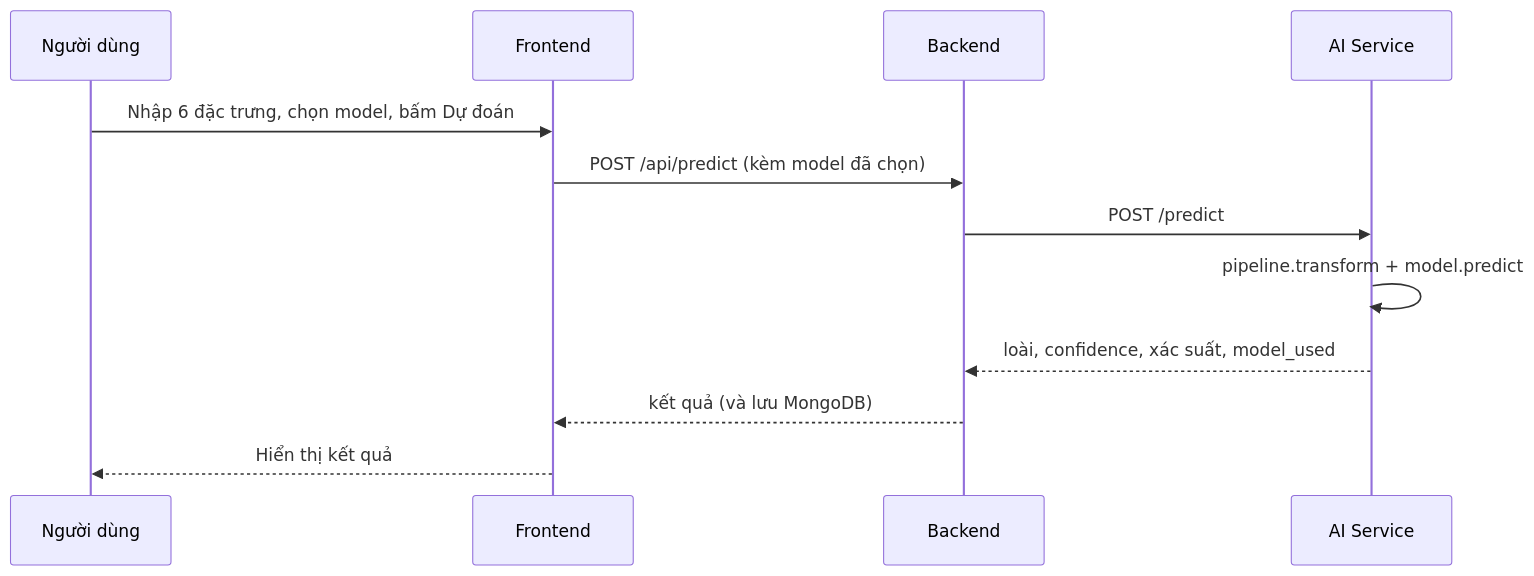
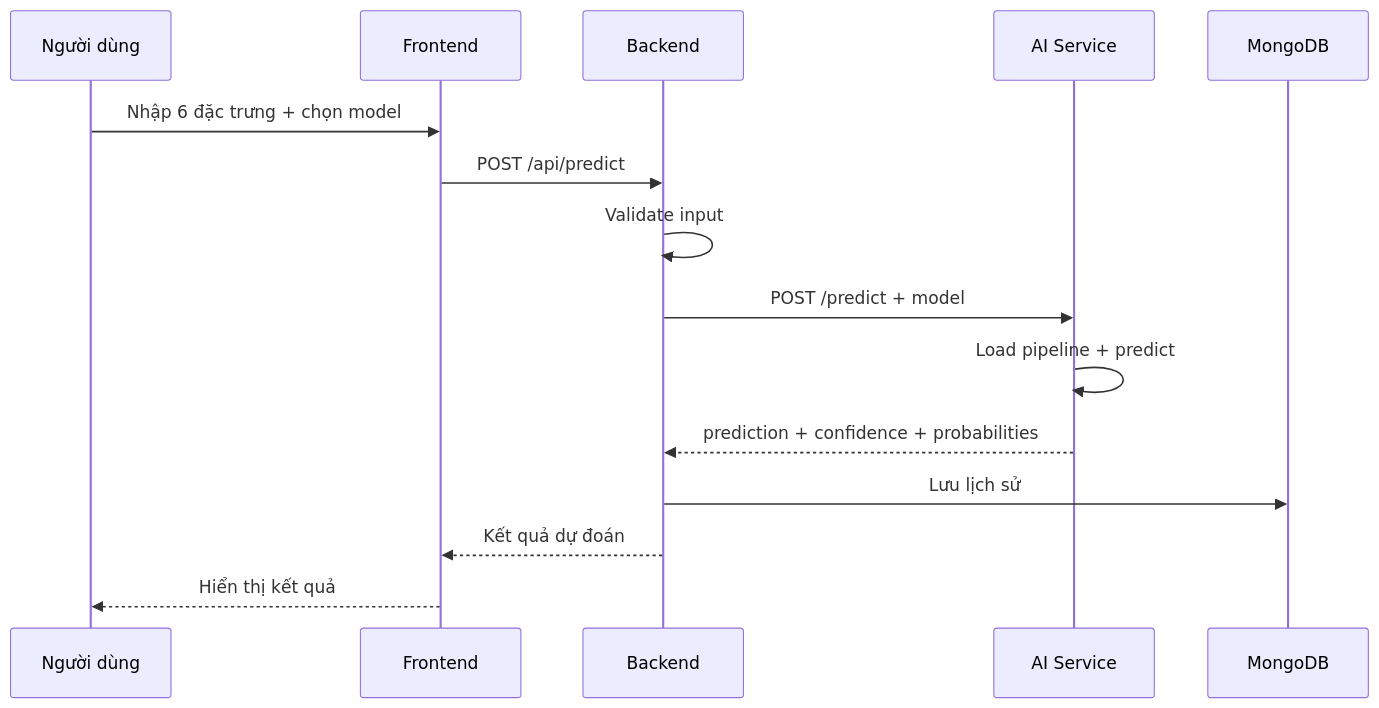
Before and after one commit to Syy256/14_12523077_12523048_PhanLoaiChimCanhCut: the second of 2 diagrams in README.md, drawn with Mermaid. The commit also changed other lines of this file, not shown here.

````diff
--- a/README.md
+++ b/README.md
@@ -143,14 +465,18 @@
 ```mermaid
 sequenceDiagram
     participant U as Người dùng
     participant FE as Frontend
     participant BE as Backend
     participant AI as AI Service
-    U->>FE: Nhập 6 đặc trưng, chọn model, bấm Dự đoán
-    FE->>BE: POST /api/predict (kèm model đã chọn)
-    BE->>AI: POST /predict
-    AI->>AI: pipeline.transform + model.predict
-    AI-->>BE: loài, confidence, xác suất, model_used
-    BE-->>FE: kết quả (và lưu MongoDB)
+    participant DB as MongoDB
+
+    U->>FE: Nhập 6 đặc trưng + chọn model
+    FE->>BE: POST /api/predict
+    BE->>BE: Validate input
+    BE->>AI: POST /predict + model
+    AI->>AI: Load pipeline + predict
+    AI-->>BE: prediction + confidence + probabilities
+    BE->>DB: Lưu lịch sử
+    BE-->>FE: Kết quả dự đoán
     FE-->>U: Hiển thị kết quả
 ```
````
